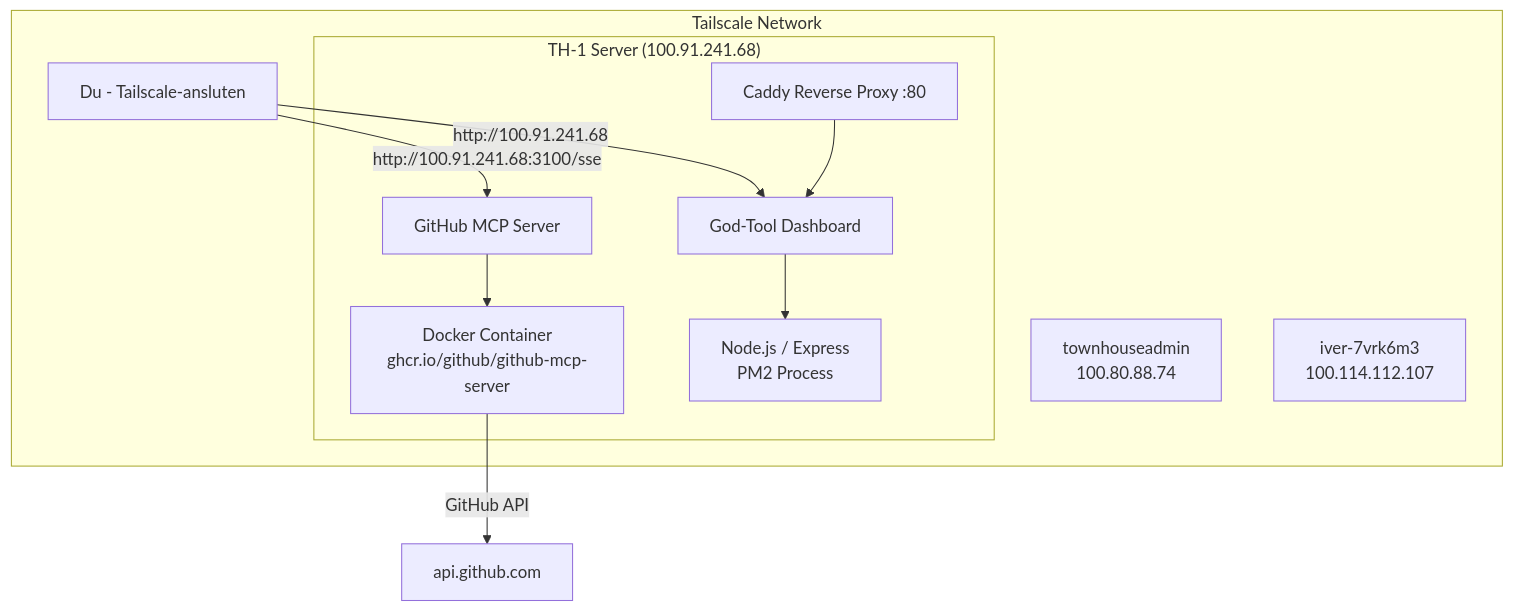
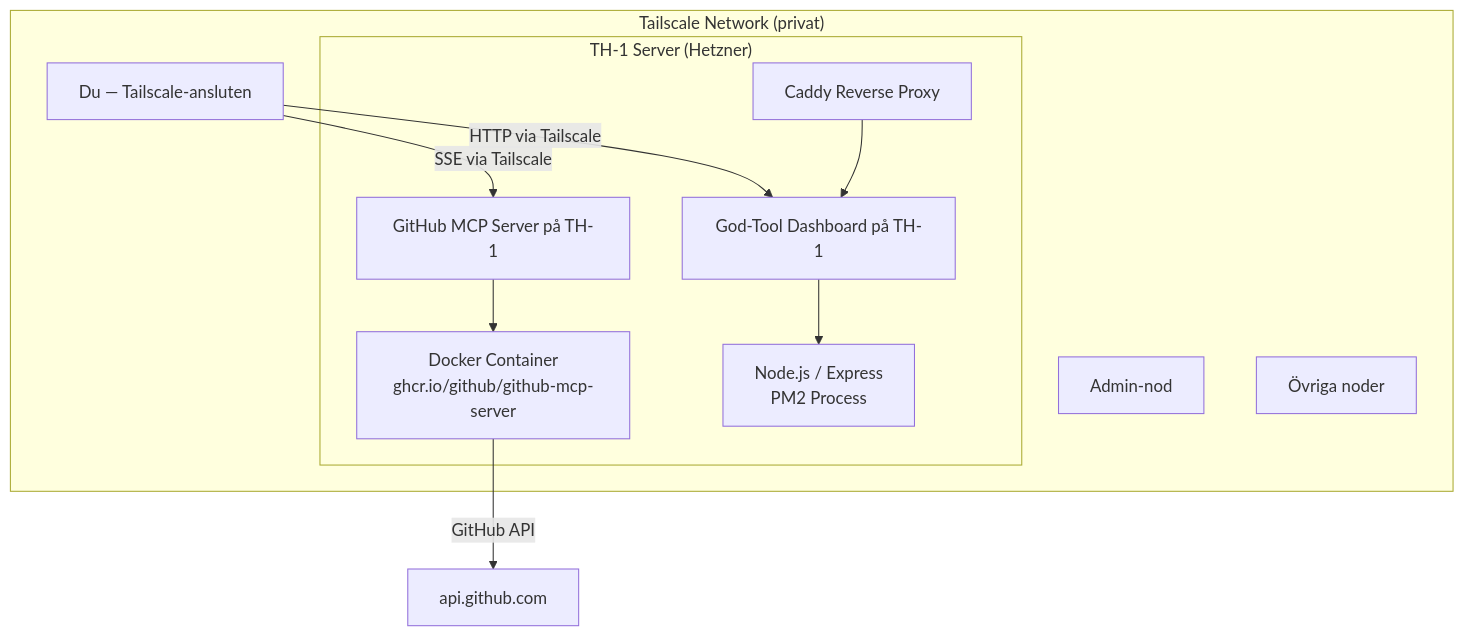
Before and after one commit to townhouse-admin/Track-N-Show: the diagram in README.md, drawn with Mermaid. The commit also changed other lines of this file, not shown here.

````diff
--- a/README.md
+++ b/README.md
@@ -96,27 +91,27 @@
 ```mermaid
 graph TD
-    A[Du - Tailscale-ansluten] -->|http://100.91.241.68:3100/sse| B[GitHub MCP Server]
-    A -->|http://100.91.241.68| C[God-Tool Dashboard]
-    
+    A[Du — Tailscale-ansluten] -->|SSE via Tailscale| B[GitHub MCP Server på TH-1]
+    A -->|HTTP via Tailscale| C[God-Tool Dashboard på TH-1]
+
     B --> D[Docker Container<br/>ghcr.io/github/github-mcp-server]
     D -->|GitHub API| E[api.github.com]
-    
+
     C --> F[Node.js / Express<br/>PM2 Process]
-    
-    G[Caddy Reverse Proxy :80] --> C
-    
-    subgraph TH1["TH-1 Server (100.91.241.68)"]
+
+    G[Caddy Reverse Proxy] --> C
+
+    subgraph TH1["TH-1 Server (Hetzner)"]
         B
         C
         D
         F
         G
     end
-    
-    subgraph Tailscale["Tailscale Network"]
+
+    subgraph Tailscale["Tailscale Network (privat)"]
         A
-        H[townhouseadmin<br/>100.80.88.74]
-        I[iver-7vrk6m3<br/>100.114.112.107]
+        H[Admin-nod]
+        I[Övriga noder]
         TH1
     end
 ```
````
